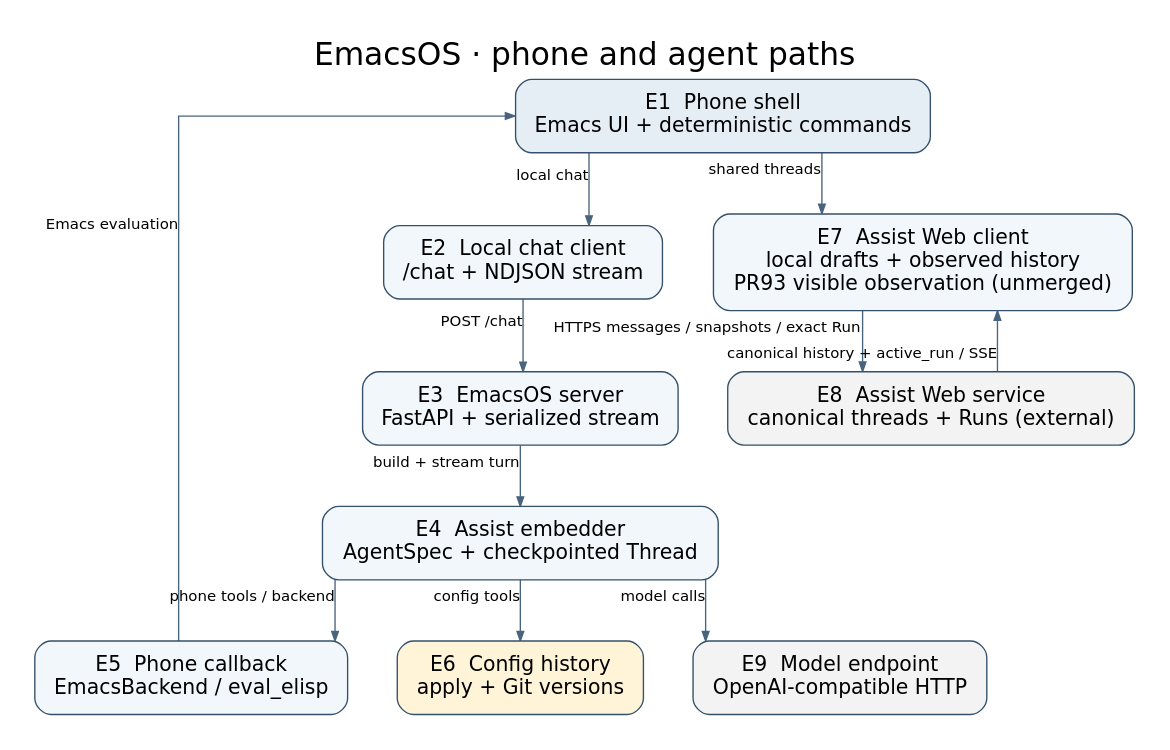
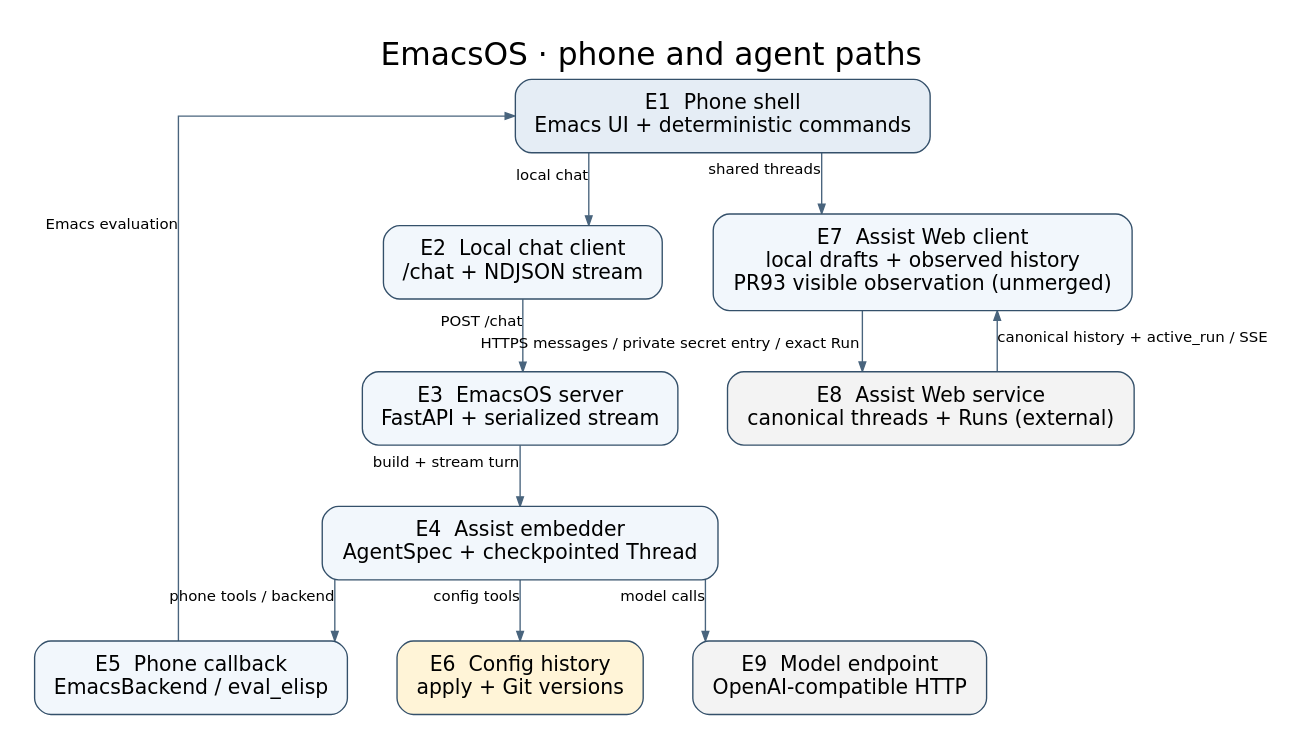
The diagram in docs/architecture.dot (pierrel/emacsos), drawn with Graphviz before and after one commit. The commit also changed 5 other files, not shown here.

```diff
--- a/docs/architecture.dot
+++ b/docs/architecture.dot
@@ -1,33 +1,33 @@
 digraph EmacsOS {
   graph [label="EmacsOS · phone and agent paths", labelloc=t,
          fontname="DejaVu Sans", fontsize=23, bgcolor="white",
          rankdir=TB, pad=0.25, nodesep=0.5, ranksep=0.62,
          splines=ortho, outputorder=edgesfirst];
   node [shape=box, style="rounded,filled", color="#34506a",
         fillcolor="#f2f7fc", fontname="DejaVu Sans", fontsize=15,
         margin="0.19,0.14"];
   edge [fontname="DejaVu Sans", fontsize=11, color="#49647d",
         arrowsize=0.7];
 
   E1 [label="E1  Phone shell\nEmacs UI + deterministic commands",
       fillcolor="#e5edf5"];
   E2 [label="E2  Local chat client\n/chat + NDJSON stream"];
   E3 [label="E3  EmacsOS server\nFastAPI + serialized stream"];
   E4 [label="E4  Assist embedder\nAgentSpec + checkpointed Thread"];
   E5 [label="E5  Phone callback\nEmacsBackend / eval_elisp"];
   E6 [label="E6  Config history\napply + Git versions", fillcolor="#fff4d7"];
   E7 [label="E7  Assist Web client\nlocal drafts + observed history\nPR93 visible observation (unmerged)"];
   E8 [label="E8  Assist Web service\ncanonical threads + Runs (external)", fillcolor="#f3f3f3"];
   E9 [label="E9  Model endpoint\nOpenAI-compatible HTTP", fillcolor="#f3f3f3"];
 
   E1 -> E2 [xlabel="local chat"];
   E2 -> E3 [xlabel="POST /chat"];
   E3 -> E4 [xlabel="build + stream turn"];
   E4 -> E5 [xlabel="phone tools / backend"];
   E5:w -> E1:w [xlabel="Emacs evaluation", constraint=false];
   E4 -> E6 [xlabel="config tools"];
   E4 -> E9 [xlabel="model calls"];
   E1 -> E7 [xlabel="shared threads"];
-  E7 -> E8 [xlabel="HTTPS messages / snapshots / exact Run"];
+  E7 -> E8 [xlabel="HTTPS messages / private secret entry / exact Run"];
   E8 -> E7 [xlabel="canonical history + active_run / SSE", constraint=false];
 }
```
